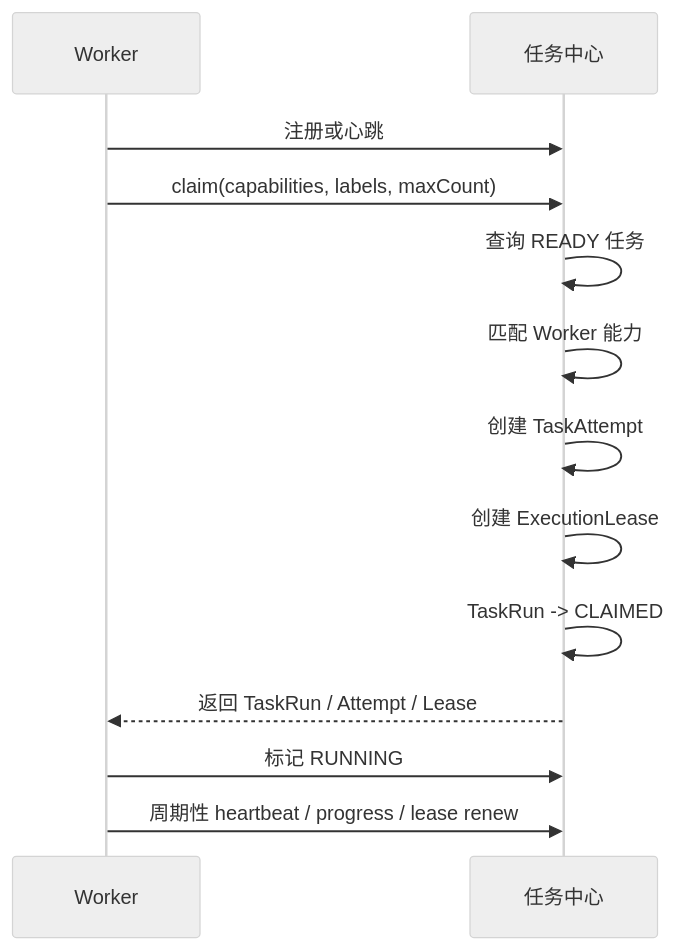
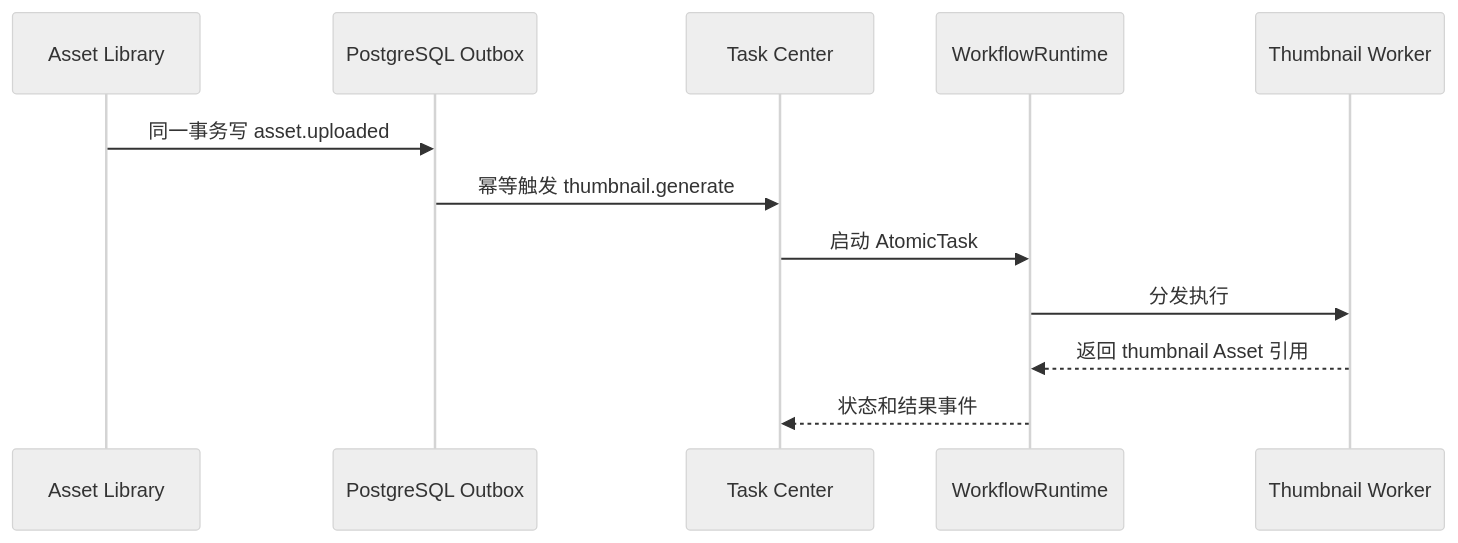
The first of 2 diagrams in 00_product/domains/task-center/product-spec.md (wangweihong/omnimam-spec), drawn with Mermaid (neutral theme) before and after one commit. The commit also changed other lines of this file and 33 other files, not shown here.

Commit message:
spec: redesign task center around conductor

````diff
--- a/00_product/domains/task-center/product-spec.md
+++ b/00_product/domains/task-center/product-spec.md
@@ -964,16 +185,14 @@
 ```mermaid
 sequenceDiagram
-    participant Worker as Worker
-    participant Task as 任务中心
-
-    Worker->>Task: 注册或心跳
-    Worker->>Task: claim(capabilities, labels, maxCount)
-    Task->>Task: 查询 READY 任务
-    Task->>Task: 匹配 Worker 能力
-    Task->>Task: 创建 TaskAttempt
-    Task->>Task: 创建 ExecutionLease
-    Task->>Task: TaskRun -> CLAIMED
-    Task-->>Worker: 返回 TaskRun / Attempt / Lease
-    Worker->>Task: 标记 RUNNING
-    Worker->>Task: 周期性 heartbeat / progress / lease renew
+  participant Asset as Asset Library
+  participant Outbox as PostgreSQL Outbox
+  participant Task as Task Center
+  participant Runtime as WorkflowRuntime
+  participant Worker as Thumbnail Worker
+  Asset->>Outbox: 同一事务写 asset.uploaded
+  Outbox->>Task: 幂等触发 thumbnail.generate
+  Task->>Runtime: 启动 AtomicTask
+  Runtime->>Worker: 分发执行
+  Worker-->>Runtime: 返回 thumbnail Asset 引用
+  Runtime-->>Task: 状态和结果事件
 ```
````
